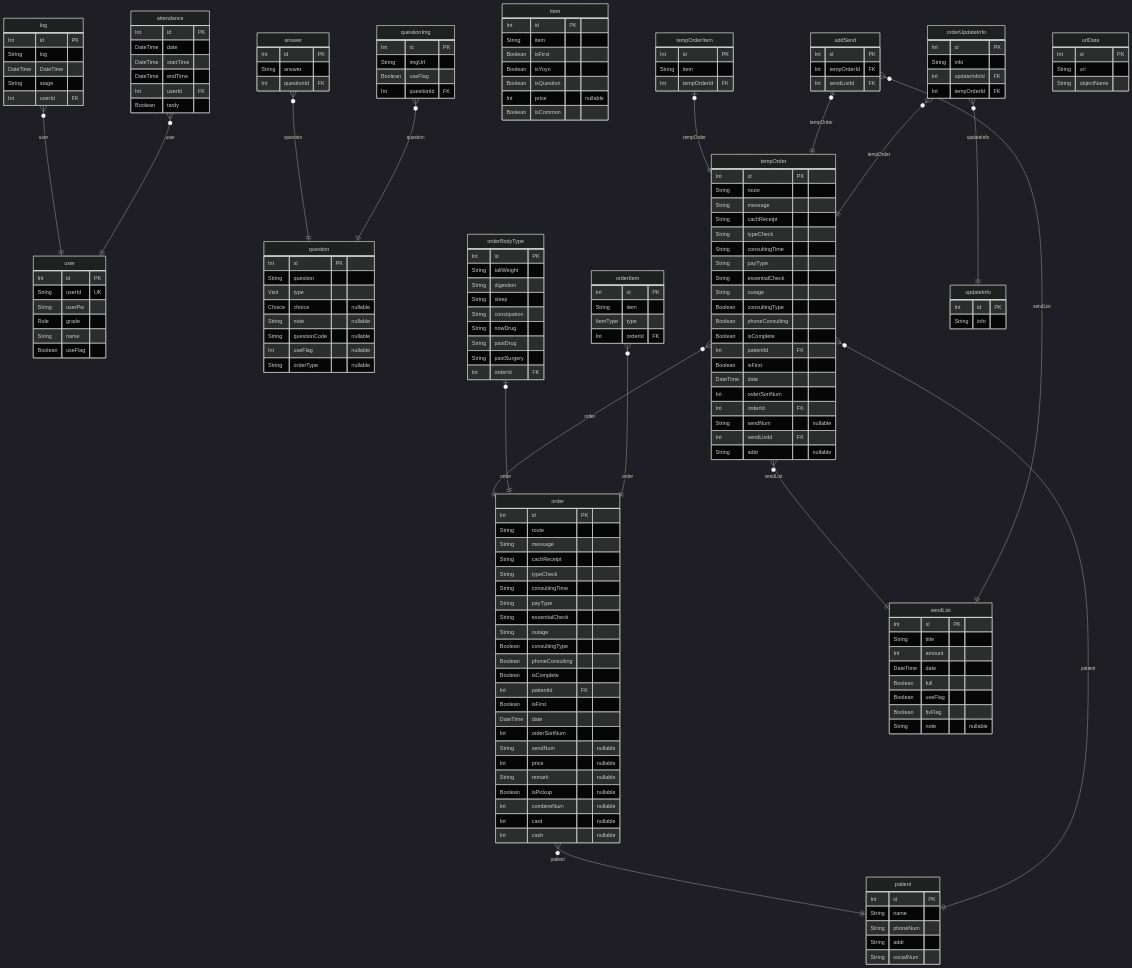
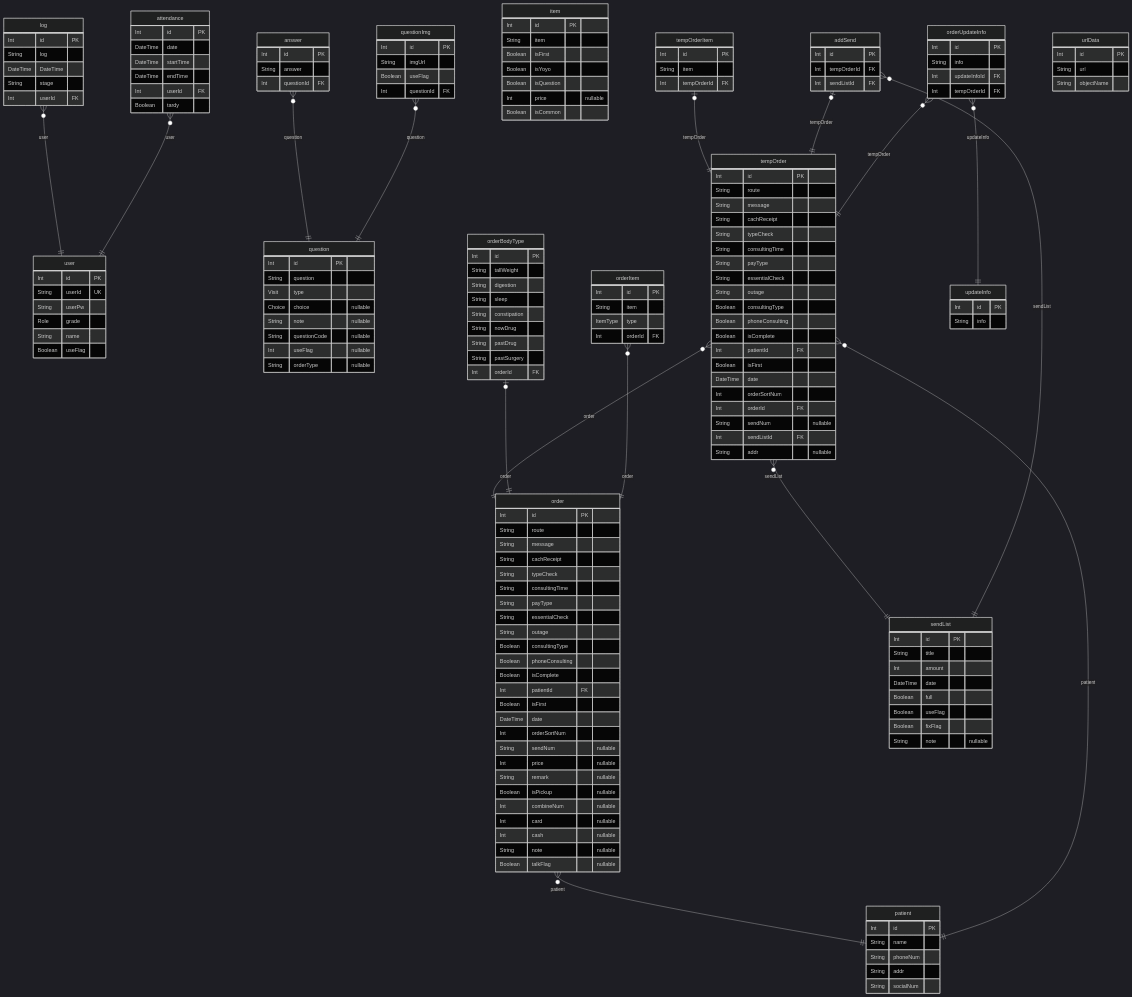
Before and after one commit to CobitionOrg/chamServer-erp: the diagram in prisma/ERD.md, drawn with Mermaid (dark theme). The commit also changed other lines of this file and 10 other files, not shown here.

```diff
--- a/prisma/ERD.md
+++ b/prisma/ERD.md
@@ -90,6 +90,8 @@
   Int combineNum "nullable"
   Int card "nullable"
   Int cash "nullable"
+  String note "nullable"
+  Boolean talkFlag "nullable"
 }
 "tempOrder" {
   Int id PK
```
